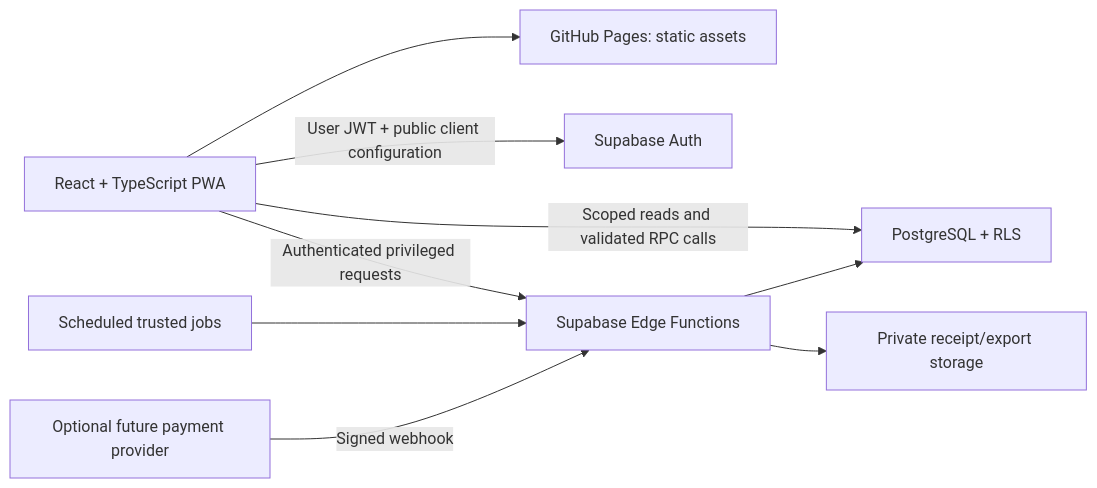
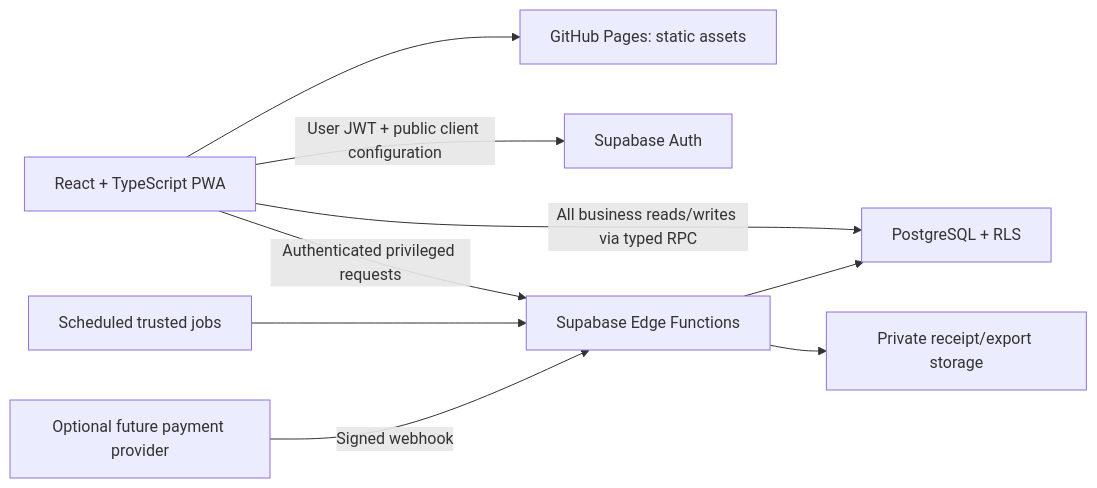
The first of 2 diagrams in docs/11-management-plan/README.md (rajeshlande/yoga_studio), drawn with Mermaid before and after one commit. The commit also changed other lines of this file and 6 other files, not shown here.

Commit message:
Require function-only Supabase business access and efficient RPC call contracts

````diff
--- a/docs/11-management-plan/README.md
+++ b/docs/11-management-plan/README.md
@@ -38,11 +39,11 @@
 ```mermaid
 flowchart LR
     Browser[React + TypeScript PWA] --> Pages[GitHub Pages: static assets]
     Browser -->|User JWT + public client configuration| Auth[Supabase Auth]
-    Browser -->|Scoped reads and validated RPC calls| DB[PostgreSQL + RLS]
+    Browser -->|All business reads/writes via typed RPC| DB[PostgreSQL + RLS]
     Browser -->|Authenticated privileged requests| Edge[Supabase Edge Functions]
     Edge --> DB
     Cron[Scheduled trusted jobs] --> Edge
     Edge --> Private[Private receipt/export storage]
     Provider[Optional future payment provider] -->|Signed webhook| Edge
 ```
````
